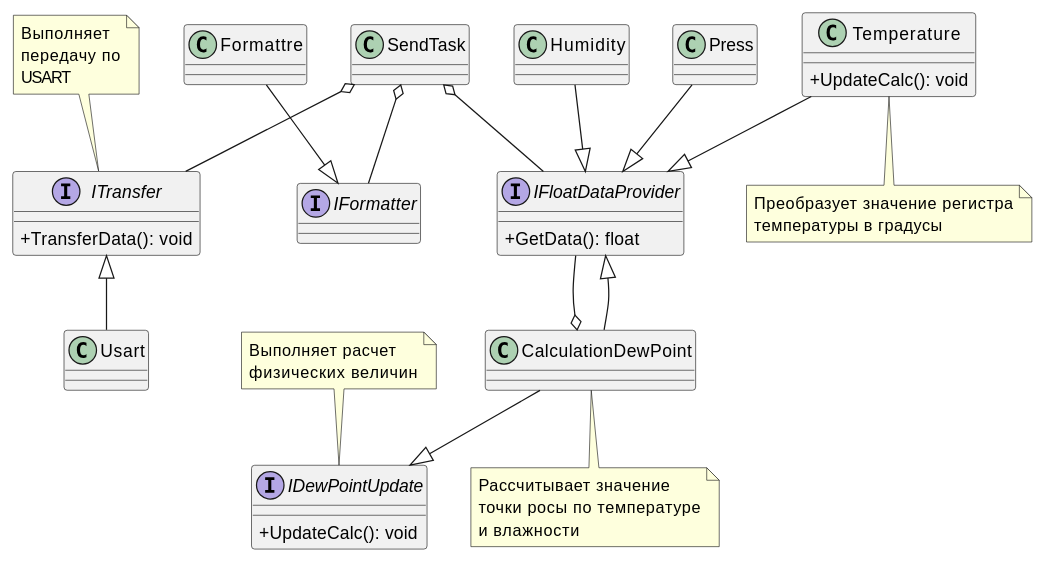
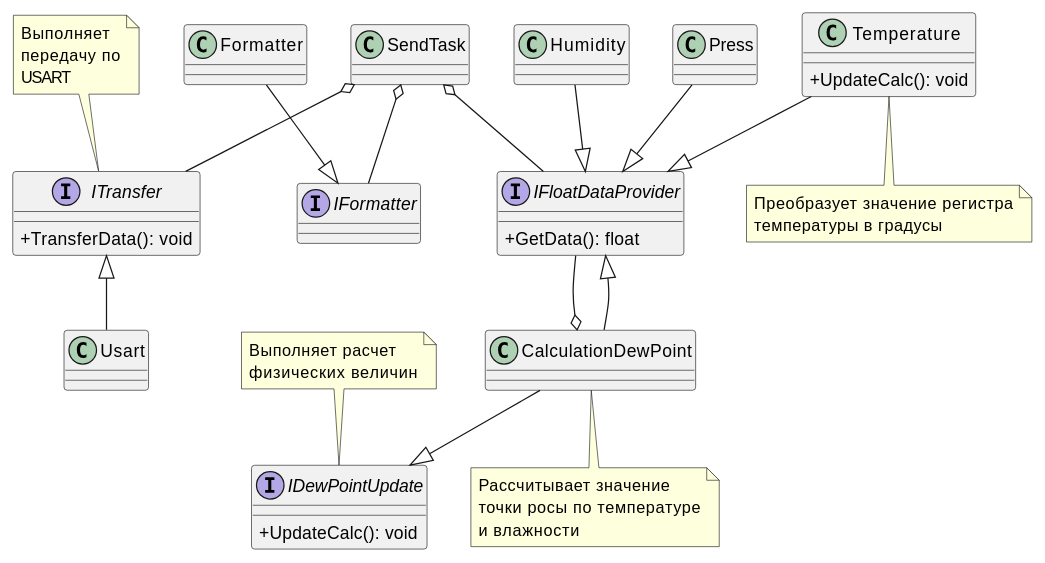
The second of 5 diagrams in Diagrams.adoc (Alexandro103/Laba), drawn with PlantUML before and after one commit. The commit also changed other lines of this file and 10 other files, not shown here.

```diff
--- a/Diagrams.adoc
+++ b/Diagrams.adoc
@@ -97,57 +92,57 @@
 [plantuml]
 ----
 @startuml
 skinparam classAttributeIconSize 0
 
 ' Интерфейсы и абстрактные компоненты
 interface IDewPointUpdate {
     +UpdateCalc(): void
 }
 interface IFloatDataProvider {
     +GetData(): float
 }
 interface ITransfer { 
   +TransferData(): void
 }
 interface IFormatter { 
   
 }
 
 ' Классы
 class Temperature {
     +UpdateCalc(): void
     }
 class CalculationDewPoint
 class Humidity
 class Press
 class Usart
 
 ' Примечания
 note top of IDewPointUpdate : Выполняет расчет\nфизических величин
 note top of ITransfer : Выполняет\nпередачу по\nUSART
 note bottom of Temperature : Преобразует значение регистра\nтемпературы в градусы
 note bottom of CalculationDewPoint : Рассчитывает значение\nточки росы по температуре\nи влажности
 
 ' Стрелки 
 
 Temperature --|> IFloatDataProvider
 
 CalculationDewPoint --|> IDewPointUpdate
 CalculationDewPoint --|> IFloatDataProvider
 IFloatDataProvider --o CalculationDewPoint
 
 
 Humidity --|> IFloatDataProvider
 
 
 Press --|> IFloatDataProvider
 
 
-Formattre --|> IFormatter
+Formatter --|> IFormatter
 SendTask o-- IFloatDataProvider
 SendTask o-- IFormatter
 SendTask o-- ITransfer
 Usart -up-|> ITransfer
 
 @enduml
 ----
```
